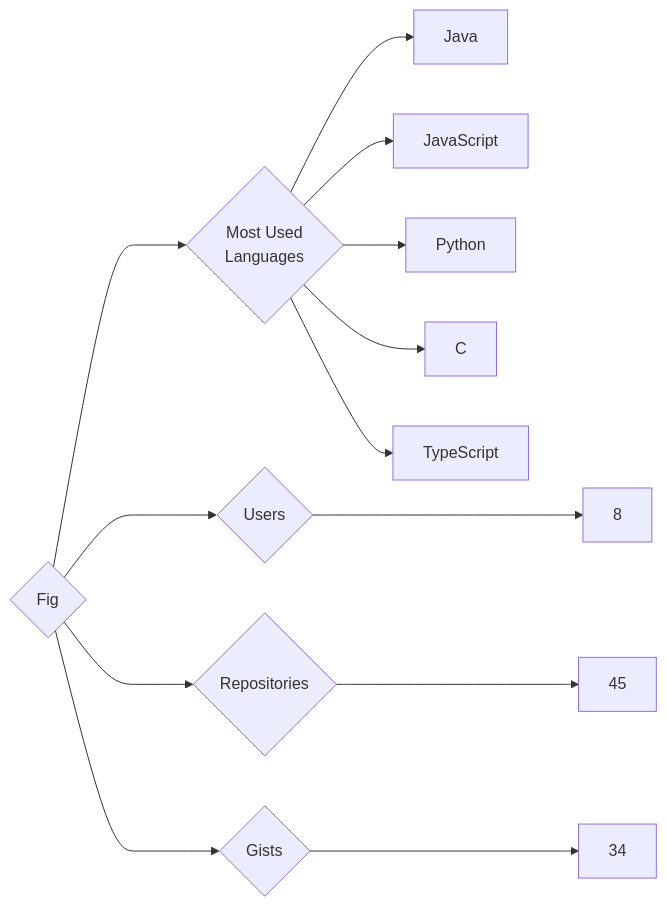
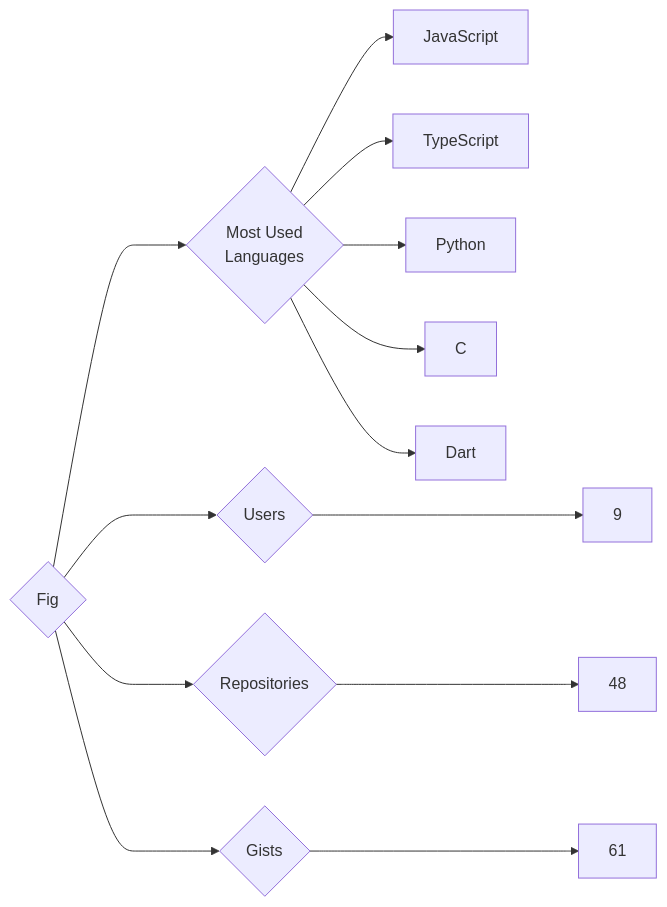
Before and after one commit to trickest/insiders: the diagram in targets/Fig/README.md, drawn with Mermaid. The commit also changed 932 other files, not shown here.

````diff
--- a/targets/Fig/README.md
+++ b/targets/Fig/README.md
@@ -3,13 +3,13 @@
 ```mermaid
 graph LR
 COMPANY_NAME{Fig}
-COMPANY_NAME ---> U{Users} ---> UN[8]
-COMPANY_NAME ---> R{Repositories} ---> RN[45]
-COMPANY_NAME ---> G{Gists} ---> GN[34]
+COMPANY_NAME ---> U{Users} ---> UN[9]
+COMPANY_NAME ---> R{Repositories} ---> RN[48]
+COMPANY_NAME ---> G{Gists} ---> GN[61]
 COMPANY_NAME ---> ML{Most Used<br>Languages}
-ML --> Java[Java]
 ML --> JavaScript[JavaScript]
+ML --> TypeScript[TypeScript]
 ML --> Python[Python]
 ML --> C[C]
-ML --> TypeScript[TypeScript]
+ML --> Dart[Dart]
 ```
````
